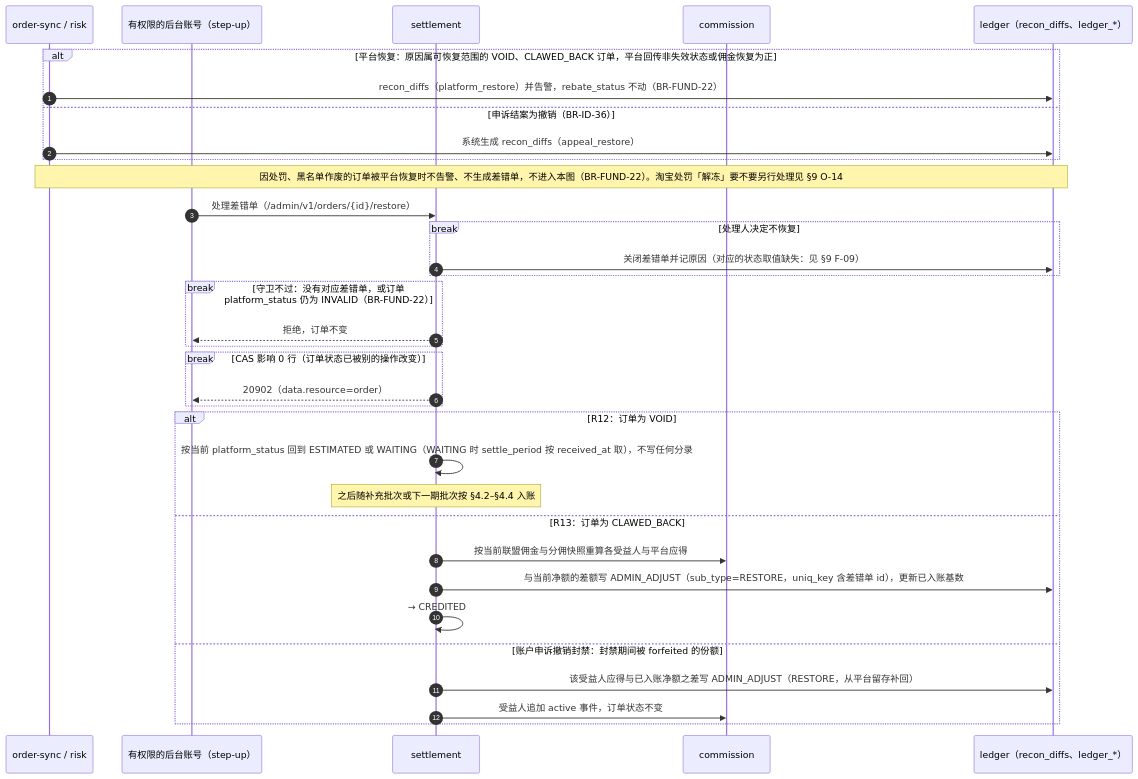
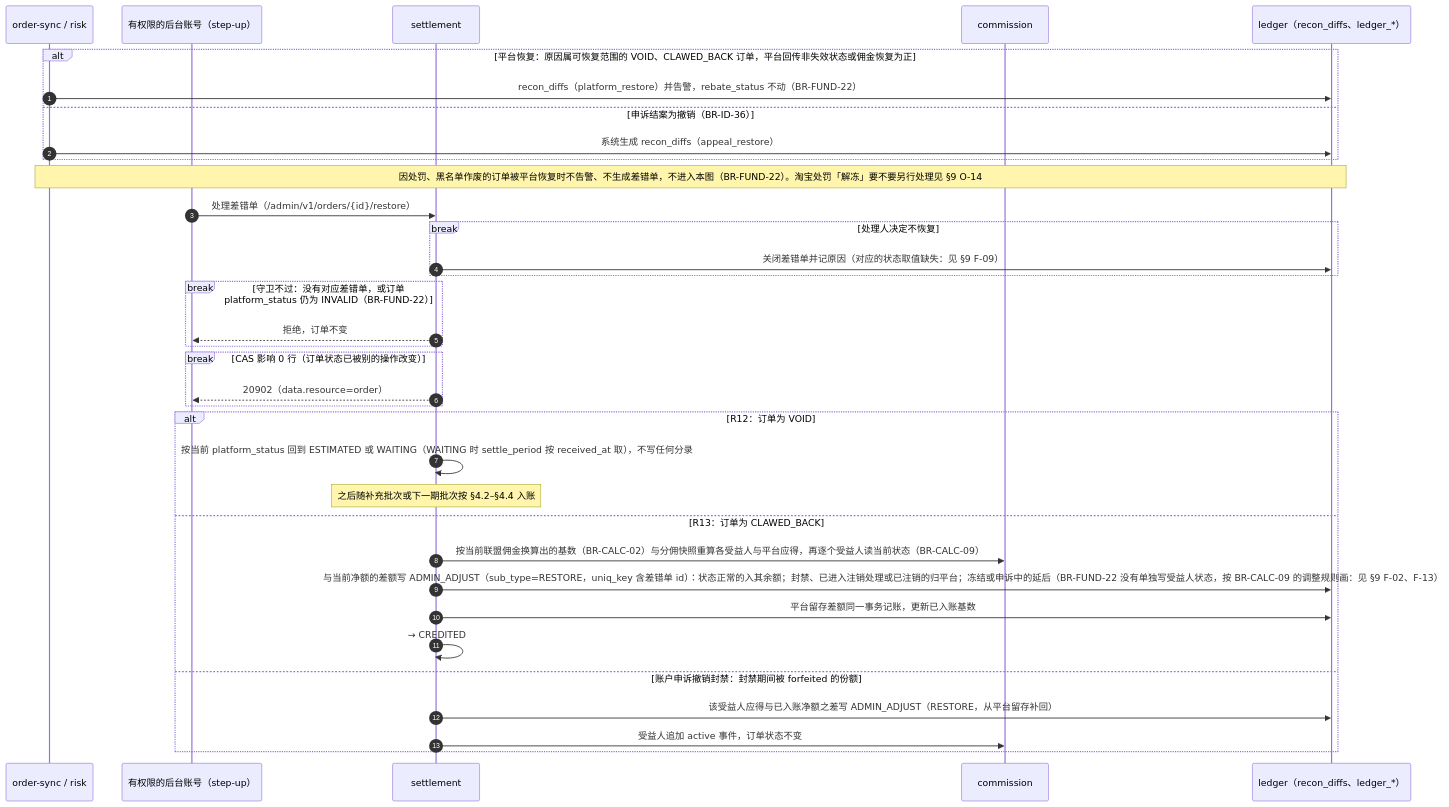
One commit to zora4523-bot/couli changed diagram 22 of 41 in 规划/12_关键流程与状态图.md. Above: the diagram before and after it, drawn with Mermaid. The commit also changed other lines of this file, not shown here.

Commit message:
docs(12): section 4.8, the R13 restore follows the same beneficiary and base rules as the other money paths
Same principle as B04 to B06, applied to a diagram the review did not
list: the restore amount is recomputed on the base converted per
BR-CALC-02; each beneficiary's current state decides where a positive
restore diff goes (normal -> balance; banned or deletion in processing /
done -> platform; frozen or appealing -> deferred, BR-CALC-09); the
platform-retention diff is posted in the same transaction.

````diff
--- a/规划/12_关键流程与状态图.md
+++ b/规划/12_关键流程与状态图.md
@@ -1576,37 +1576,38 @@
 ```mermaid
 sequenceDiagram
   autonumber
   participant W as order-sync / risk
   participant F as 有权限的后台账号（step-up）
   participant T as settlement
   participant M as commission
   participant L as ledger（recon_diffs、ledger_*）
 
   alt 平台恢复：原因属可恢复范围的 VOID、CLAWED_BACK 订单，平台回传非失效状态或佣金恢复为正
     W->>L: recon_diffs（platform_restore）并告警，rebate_status 不动（BR-FUND-22）
   else 申诉结案为撤销（BR-ID-36）
     W->>L: 系统生成 recon_diffs（appeal_restore）
   end
   Note over W,L: 因处罚、黑名单作废的订单被平台恢复时不告警、不生成差错单，不进入本图（BR-FUND-22）。淘宝处罚「解冻」要不要另行处理见 §9 O-14
   F->>T: 处理差错单（/admin/v1/orders/{id}/restore）
   break 处理人决定不恢复
     T->>L: 关闭差错单并记原因（对应的状态取值缺失：见 §9 F-09）
   end
   break 守卫不过：没有对应差错单，或订单 platform_status 仍为 INVALID（BR-FUND-22）
     T-->>F: 拒绝，订单不变
   end
   break CAS 影响 0 行（订单状态已被别的操作改变）
     T-->>F: 20902（data.resource=order）
   end
   alt R12：订单为 VOID
     T->>T: 按当前 platform_status 回到 ESTIMATED 或 WAITING（WAITING 时 settle_period 按 received_at 取），不写任何分录
     Note over T: 之后随补充批次或下一期批次按 §4.2–§4.4 入账
   else R13：订单为 CLAWED_BACK
-    T->>M: 按当前联盟佣金与分佣快照重算各受益人与平台应得
-    T->>L: 与当前净额的差额写 ADMIN_ADJUST（sub_type=RESTORE，uniq_key 含差错单 id），更新已入账基数
+    T->>M: 按当前联盟佣金换算出的基数（BR-CALC-02）与分佣快照重算各受益人与平台应得，再逐个受益人读当前状态（BR-CALC-09）
+    T->>L: 与当前净额的差额写 ADMIN_ADJUST（sub_type=RESTORE，uniq_key 含差错单 id）：状态正常的入其余额；封禁、已进入注销处理或已注销的归平台；冻结或申诉中的延后（BR-FUND-22 没有单独写受益人状态，按 BR-CALC-09 的调整规则画：见 §9 F-02、F-13）
+    T->>L: 平台留存差额同一事务记账，更新已入账基数
     T->>T: → CREDITED
   else 账户申诉撤销封禁：封禁期间被 forfeited 的份额
     T->>L: 该受益人应得与已入账净额之差写 ADMIN_ADJUST（RESTORE，从平台留存补回）
     T->>M: 受益人追加 active 事件，订单状态不变
   end
 ```
````
